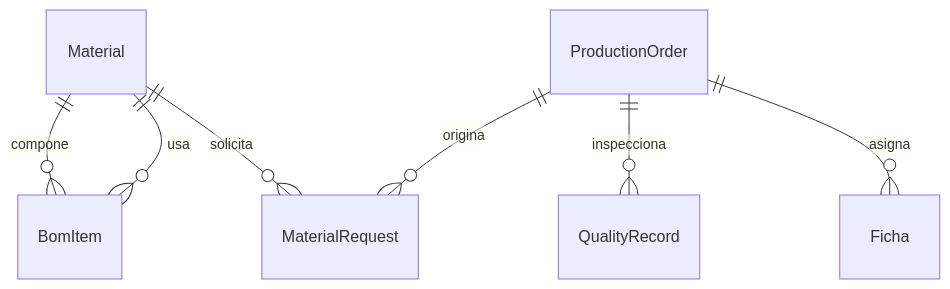
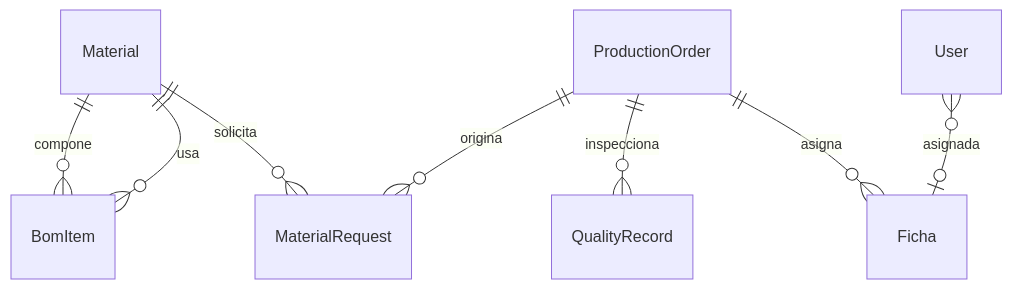
One commit to COSTEsincelejo/-SIPITEX changed the second of 2 diagrams in docs/02-Diseno.md. Above: the diagram before and after it, drawn with Mermaid. The commit also changed other lines of this file and 25 other files, not shown here.

````diff
--- a/docs/02-Diseno.md
+++ b/docs/02-Diseno.md
@@ -32,9 +32,10 @@
 ```mermaid
 erDiagram
     Material ||--o{ BomItem : compone
     Material ||--o{ MaterialRequest : solicita
     ProductionOrder ||--o{ MaterialRequest : origina
     ProductionOrder ||--o{ QualityRecord : inspecciona
     ProductionOrder ||--o{ Ficha : asigna
     BomItem }o--|| Material : usa
+    User }o--o| Ficha : asignada
 ```
````
